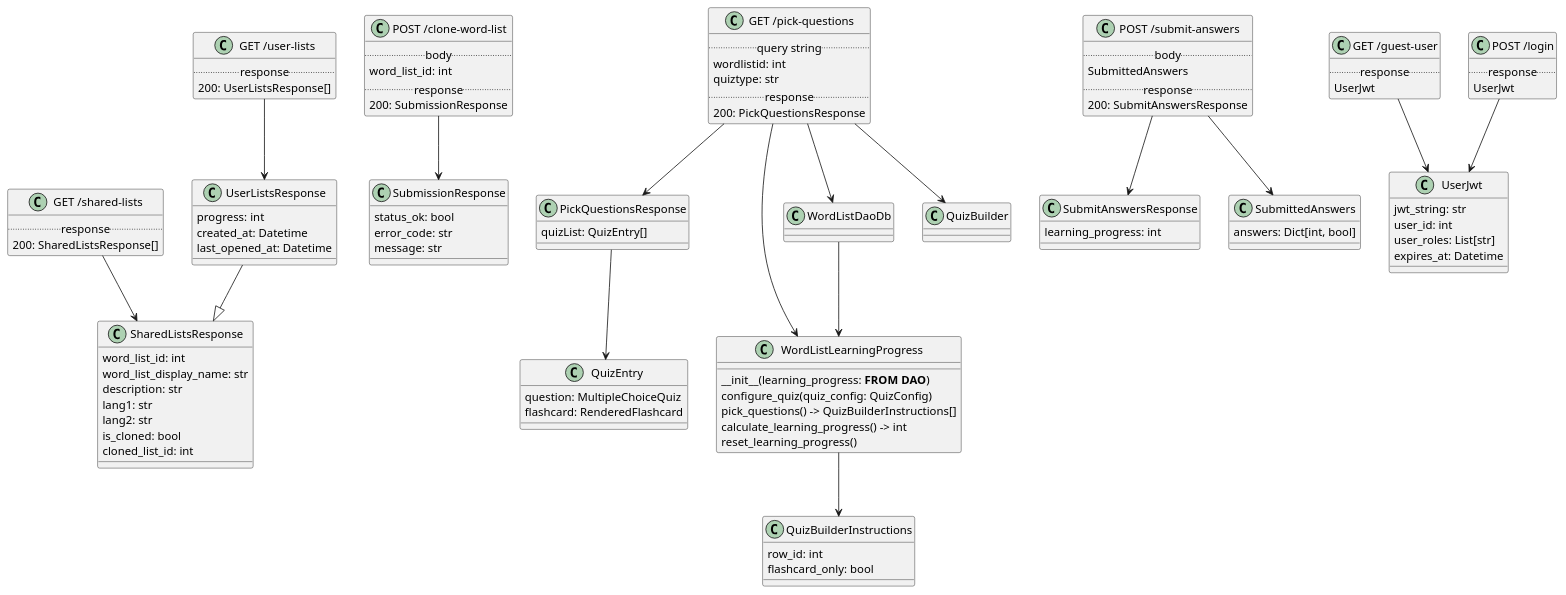
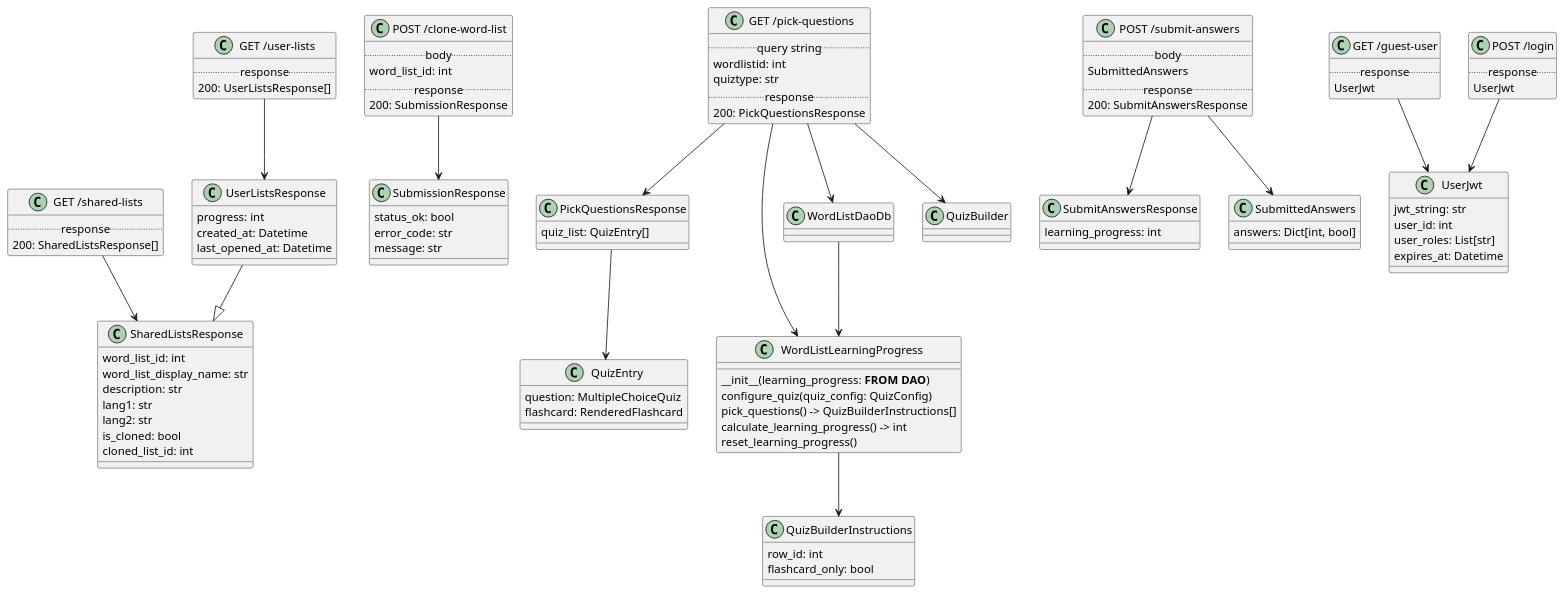
The diagram in docs/class_diagram.puml (robertradnai/vocabulary-srv), drawn with PlantUML before and after one commit. The commit also changed 1 other file, not shown here.

```diff
--- a/docs/class_diagram.puml
+++ b/docs/class_diagram.puml
@@ -2,139 +2,139 @@
 @startuml
 
 
 ' *****
 
 "GET /shared-lists" --> SharedListsResponse
 
 class "GET /shared-lists" {
    .. response ..
    200: SharedListsResponse[]
 }
 
 class SharedListsResponse {
     word_list_id: int
     word_list_display_name: str
     description: str
     lang1: str
     lang2: str
     is_cloned: bool
     cloned_list_id: int
 }
 
 ' *****
 
 "GET /user-lists" --> UserListsResponse
 class "GET /user-lists" {
    .. response ..
    200: UserListsResponse[]
 }
 
 UserListsResponse --|> SharedListsResponse
 class UserListsResponse {
     progress: int
     created_at: Datetime
     last_opened_at: Datetime
 }
 
 "POST /clone-word-list" --> SubmissionResponse
 class "POST /clone-word-list" {
    .. body ..
    word_list_id: int
    .. response ..
    200: SubmissionResponse
 }
 
 ' *****
 
 "GET /pick-questions" --> PickQuestionsResponse
 PickQuestionsResponse --> QuizEntry
 
 class "GET /pick-questions" {
    .. query string ..
    wordlistid: int
    quiztype: str
    .. response ..
    200: PickQuestionsResponse
 }
 
 class PickQuestionsResponse {
-    quizList: QuizEntry[]
+    quiz_list: QuizEntry[]
 }
 
 class QuizEntry {
     question: MultipleChoiceQuiz
     flashcard: RenderedFlashcard
 }
 
 ' *****
 "POST /submit-answers" --> SubmitAnswersResponse
 "POST /submit-answers" --> SubmittedAnswers
 
 class "POST /submit-answers" {
    .. body ..
    SubmittedAnswers
    .. response ..
    200: SubmitAnswersResponse
 }
 
 class SubmissionResponse {
   status_ok: bool
   error_code: str
   message: str
 }
 
 class SubmitAnswersResponse {
     learning_progress: int
 }
 
 class SubmittedAnswers {
     answers: Dict[int, bool]
 }
 
 
 ' *****
 
 "GET /guest-user" --> UserJwt
 
 class "GET /guest-user" {
     .. response ..
     UserJwt
 }
 class UserJwt {
     jwt_string: str
     user_id: int
     user_roles: List[str]
     expires_at: Datetime
 }
 
 "POST /login" --> UserJwt
 class "POST /login" {
     .. response ..
     UserJwt
 }
 
 ' *****
 ' *****
 
 "GET /pick-questions" --> WordListLearningProgress
 "GET /pick-questions" --> WordListDaoDb
 "GET /pick-questions" --> QuizBuilder
 
 WordListDaoDb --> WordListLearningProgress
 WordListLearningProgress --> QuizBuilderInstructions
 
 
 class WordListLearningProgress {
     {method} __init__(learning_progress: **FROM DAO**)
     {method} configure_quiz(quiz_config: QuizConfig)
     {method} pick_questions() -> QuizBuilderInstructions[]
     {method} calculate_learning_progress() -> int
     {method} reset_learning_progress()
 }
 
 class QuizBuilderInstructions {
     row_id: int
     flashcard_only: bool
 }
 
 @enduml
```
